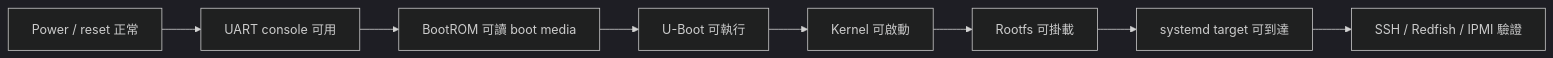
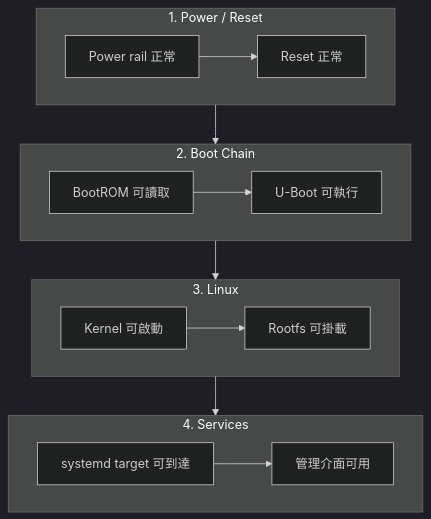
The second of 2 diagrams in 01_part_1_hardware_abstraction_layer/01_boot_flow_and_soc_initialization.md (davidchen0970/porting-guide), drawn with Mermaid (dark theme) before and after one commit. The commit also changed other lines of this file, not shown here.

````diff
--- a/01_part_1_hardware_abstraction_layer/01_boot_flow_and_soc_initialization.md
+++ b/01_part_1_hardware_abstraction_layer/01_boot_flow_and_soc_initialization.md
@@ -85,13 +85,24 @@
 ```mermaid
-flowchart LR
-    A["Power / reset 正常"]
-    B["UART console 可用"]
-    C["BootROM 可讀 boot media"]
-    D["U-Boot 可執行"]
-    E["Kernel 可啟動"]
-    F["Rootfs 可掛載"]
-    G["systemd target 可到達"]
-    H["SSH / Redfish / IPMI 驗證"]
+flowchart TB
+    subgraph M1["1. Power / Reset"]
+        direction LR
+        A1["Power rail 正常"] --> A2["Reset 正常"]
+    end
 
-    A --> B --> C --> D --> E --> F --> G --> H
+    subgraph M2["2. Boot Chain"]
+        direction LR
+        B1["BootROM 可讀取"] --> B2["U-Boot 可執行"]
+    end
+
+    subgraph M3["3. Linux"]
+        direction LR
+        C1["Kernel 可啟動"] --> C2["Rootfs 可掛載"]
+    end
+
+    subgraph M4["4. Services"]
+        direction LR
+        D1["systemd target 可到達"] --> D2["管理介面可用"]
+    end
+
+    M1 --> M2 --> M3 --> M4
 ```
````
